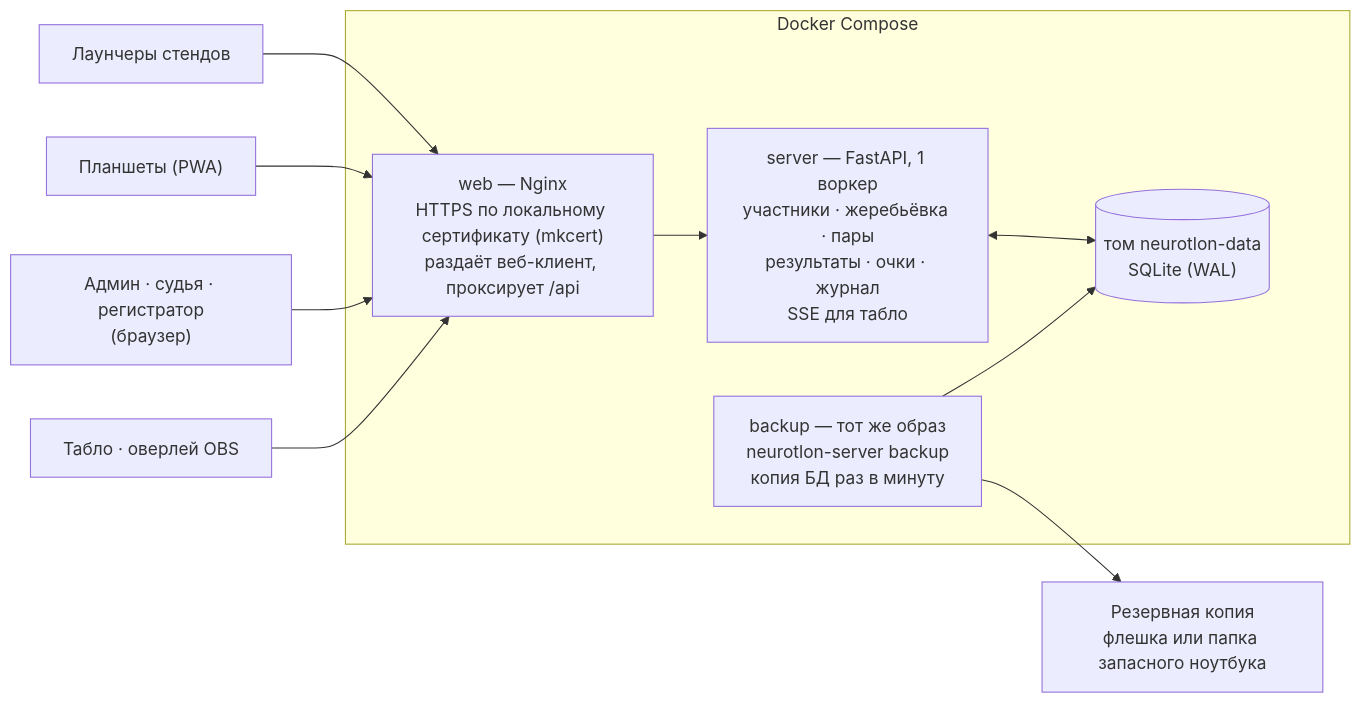
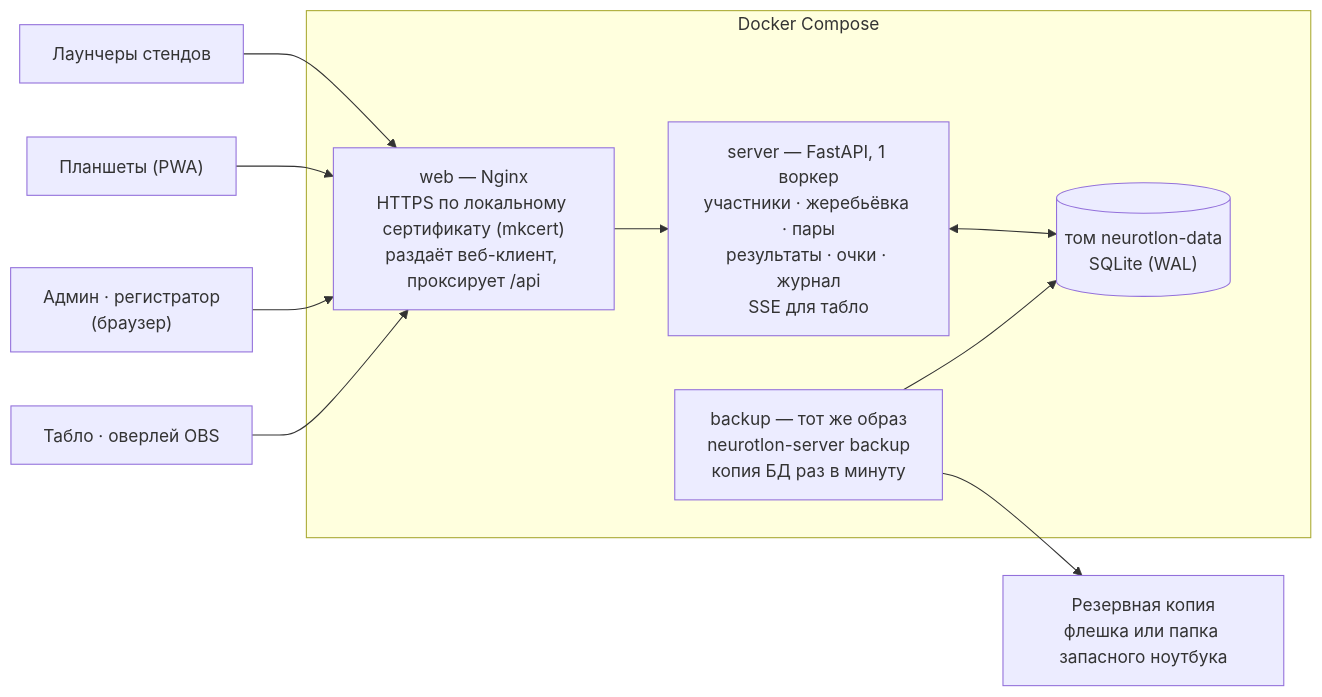
One commit to L0GIN0UT/Neurotlon changed the second of 9 diagrams in docs/architecture.md. Above: the diagram before and after it, drawn with Mermaid. The commit also changed other lines of this file and 2 other files, not shown here.

````diff
--- a/docs/architecture.md
+++ b/docs/architecture.md
@@ -40,14 +40,14 @@
 ```mermaid
 flowchart LR
     L["Лаунчеры стендов"] --> N
     T["Планшеты (PWA)"] --> N
-    U["Админ · судья · регистратор<br/>(браузер)"] --> N
+    U["Админ · регистратор<br/>(браузер)"] --> N
     B["Табло · оверлей OBS"] --> N
     subgraph Compose["Docker Compose"]
         N["web — Nginx<br/>HTTPS по локальному сертификату (mkcert)<br/>раздаёт веб-клиент, проксирует /api"]
         N --> A["server — FastAPI, 1 воркер<br/>участники · жеребьёвка · пары<br/>результаты · очки · журнал<br/>SSE для табло"]
         A <--> DB[("том neurotlon-data<br/>SQLite (WAL)")]
         K["backup — тот же образ<br/>neurotlon-server backup<br/>копия БД раз в минуту"] --> DB
     end
     K --> R["Резервная копия<br/>флешка или папка запасного ноутбука"]
 ```
````
